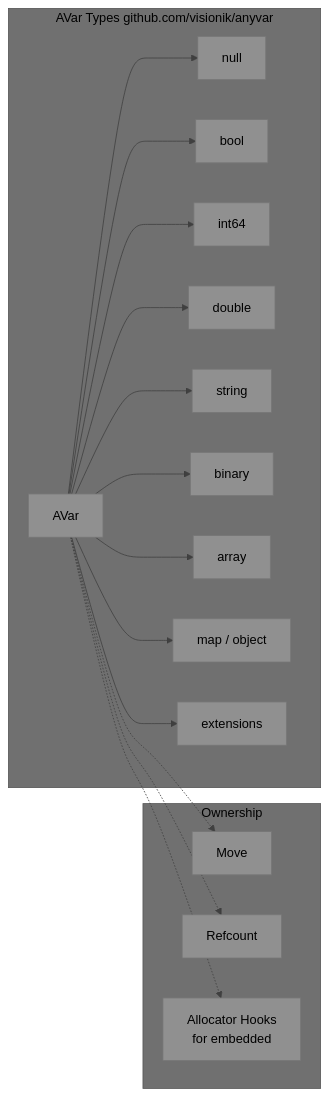
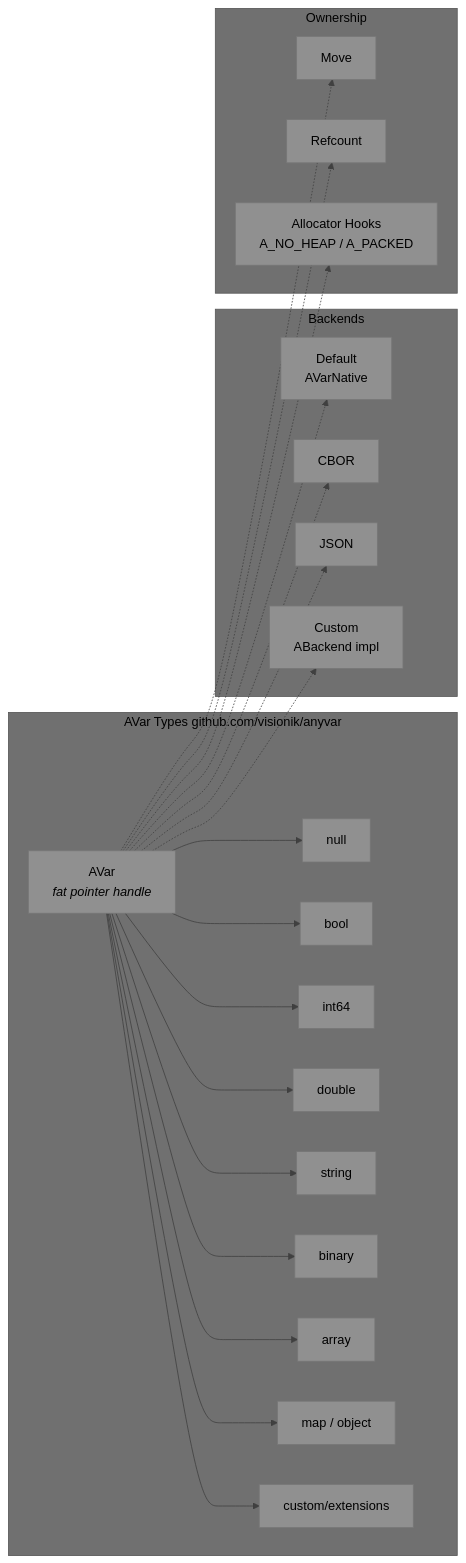
The third of 11 diagrams in README.md (visionik/anyflux), drawn with Mermaid before and after one commit. The commit also changed other lines of this file, not shown here.

Commit message:
docs: sync with AnyVar v0.2 — fat-pointer AVar, ABackend vtable, AVarNative, compile flags

````diff
--- a/README.md
+++ b/README.md
@@ -103,26 +103,37 @@
 ```mermaid
 %%{init: {'theme': 'base', 'themeVariables': { 'primaryColor': '#909090', 'secondaryColor': '#808080', 'tertiaryColor': '#707070', 'primaryTextColor': '#000000', 'secondaryTextColor': '#000000', 'tertiaryTextColor': '#000000', 'noteTextColor': '#000000', 'lineColor': '#404040' }}}%%
 graph LR
     subgraph "AVar Types  github.com/visionik/anyvar"
-        V[AVar]
+        V["AVar<br/><i>fat pointer handle</i>"]
         V --> N[null]
         V --> B[bool]
         V --> I[int64]
         V --> D[double]
         V --> S[string]
         V --> BN[binary]
         V --> A[array]
         V --> M[map / object]
-        V --> X[extensions]
+        V --> X[custom/extensions]
+    end
+
+    subgraph "Backends"
+        NB["Default<br/>AVarNative"]
+        CB["CBOR"]
+        JB["JSON"]
+        XB["Custom<br/>ABackend impl"]
     end
 
     subgraph "Ownership"
         MV[Move]
         RC[Refcount]
-        AH[Allocator Hooks<br/>for embedded]
+        AH["Allocator Hooks<br/>A_NO_HEAP / A_PACKED"]
     end
 
+    V -.-> NB
+    V -.-> CB
+    V -.-> JB
+    V -.-> XB
     V -.-> MV
     V -.-> RC
     V -.-> AH
 ```
````
